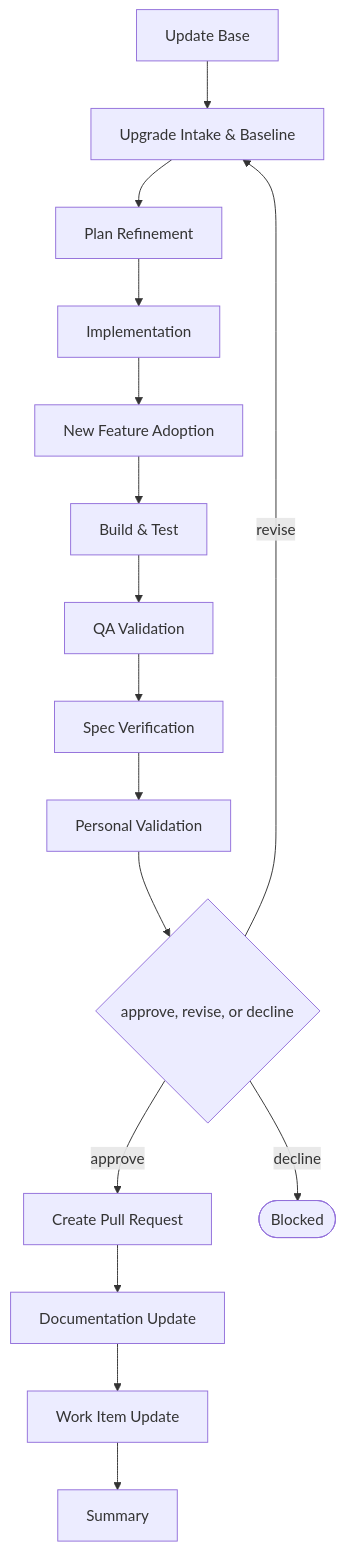
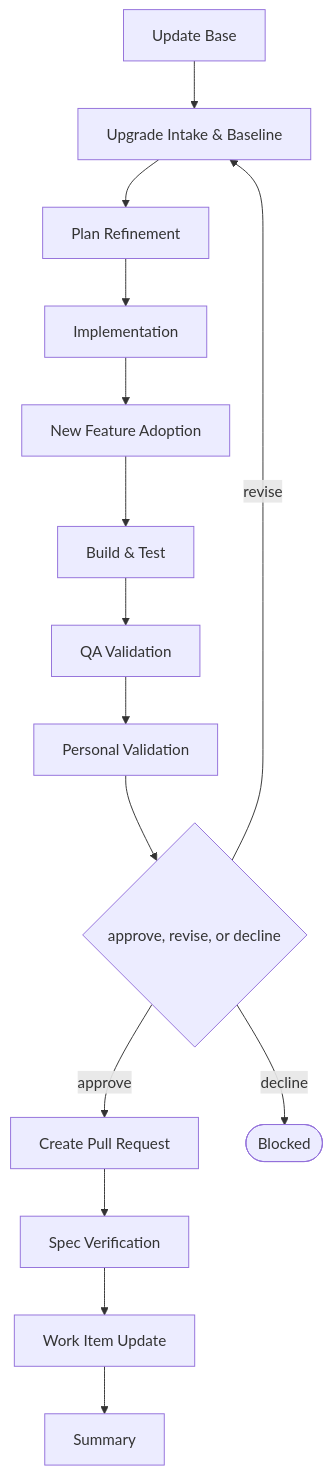
One commit to JSdotNet/devbook changed the diagram in .devbook/domain/delivery/flow.flow-aspire-update.md. Above: the diagram before and after it, drawn with Mermaid. The commit also changed 42 other files, not shown here.

First line of the commit message:
Spec Verification replaces Documentation Update

````diff
--- a/.devbook/domain/delivery/flow.flow-aspire-update.md
+++ b/.devbook/domain/delivery/flow.flow-aspire-update.md
@@ -14,32 +14,30 @@
 ```mermaid
 flowchart TD
     base["Update Base"]
     s0["Upgrade Intake & Baseline"]
     s1["Plan Refinement"]
     s2["Implementation"]
     s3["New Feature Adoption"]
     c0["Build & Test"]
     c1["QA Validation"]
-    cv["Spec Verification"]
     c2["Personal Validation"]
 
     base --> s0
     s0 --> s1
     s1 --> s2
     s2 --> s3
     s3 --> c0
     c0 --> c1
-    c1 --> cv
-    cv --> c2
+    c1 --> c2
     c2 --> g{"approve, revise, or decline"}
     t0["Create Pull Request"]
-    t1["Documentation Update"]
+    t1["Spec Verification"]
     t2["Work Item Update"]
     t3["Summary"]
     g -->|approve| t0
     t0 --> t1
     t1 --> t2
     t2 --> t3
     g -->|revise| s0
     g -->|decline| blocked(["Blocked"])
 ```
````
